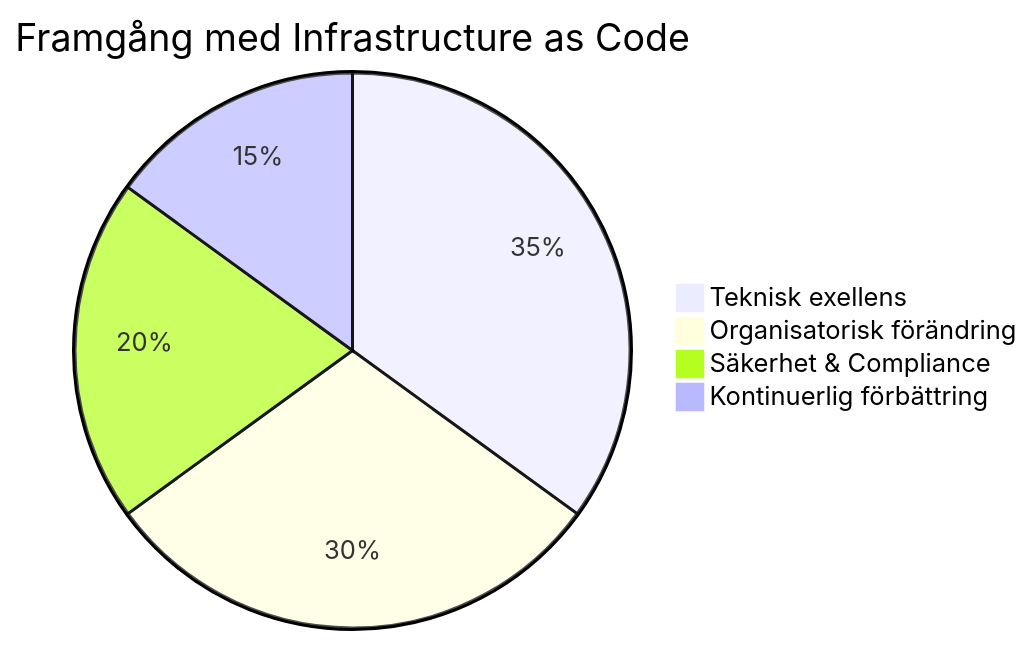
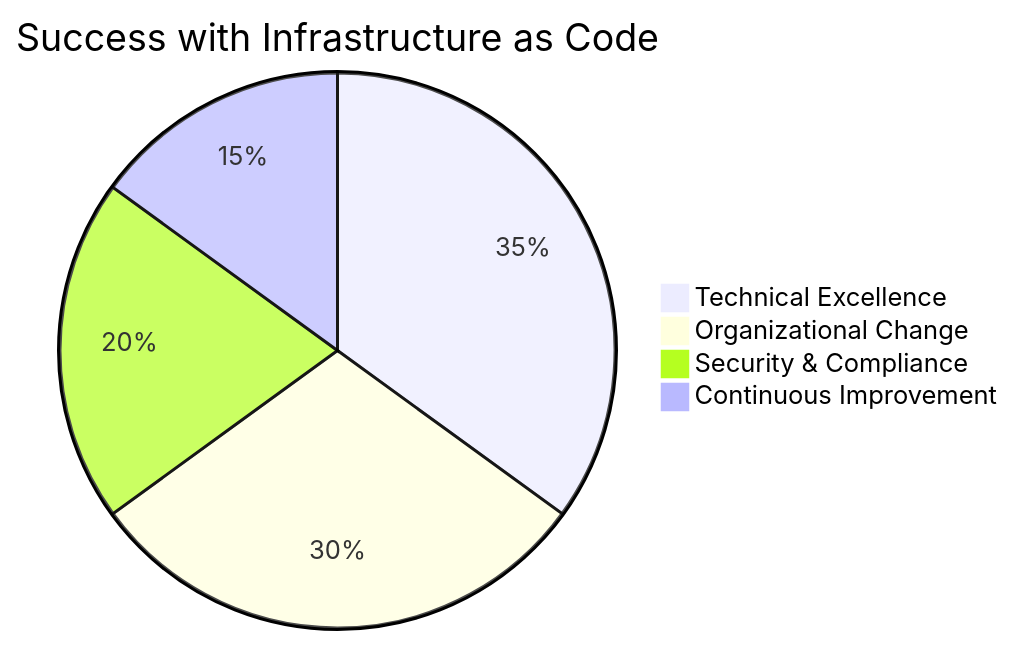
The diagram in docs/images/diagram_22_conclusion.mmd (Geonitab/architecture_as_code), drawn with Mermaid before and after one commit. The commit also changed 11 other files, not shown here.

Commit message:
Translate Swedish text in Mermaid diagrams to English

```diff
--- a/docs/images/diagram_22_conclusion.mmd
+++ b/docs/images/diagram_22_conclusion.mmd
@@ -1,5 +1,5 @@
-pie title Framgång med Infrastructure as Code
-    "Teknisk exellens" : 35
-    "Organisatorisk förändring" : 30
-    "Säkerhet & Compliance" : 20
-    "Kontinuerlig förbättring" : 15
+pie title Success with Infrastructure as Code
+    "Technical Excellence" : 35
+    "Organizational Change" : 30
+    "Security & Compliance" : 20
+    "Continuous Improvement" : 15
```
